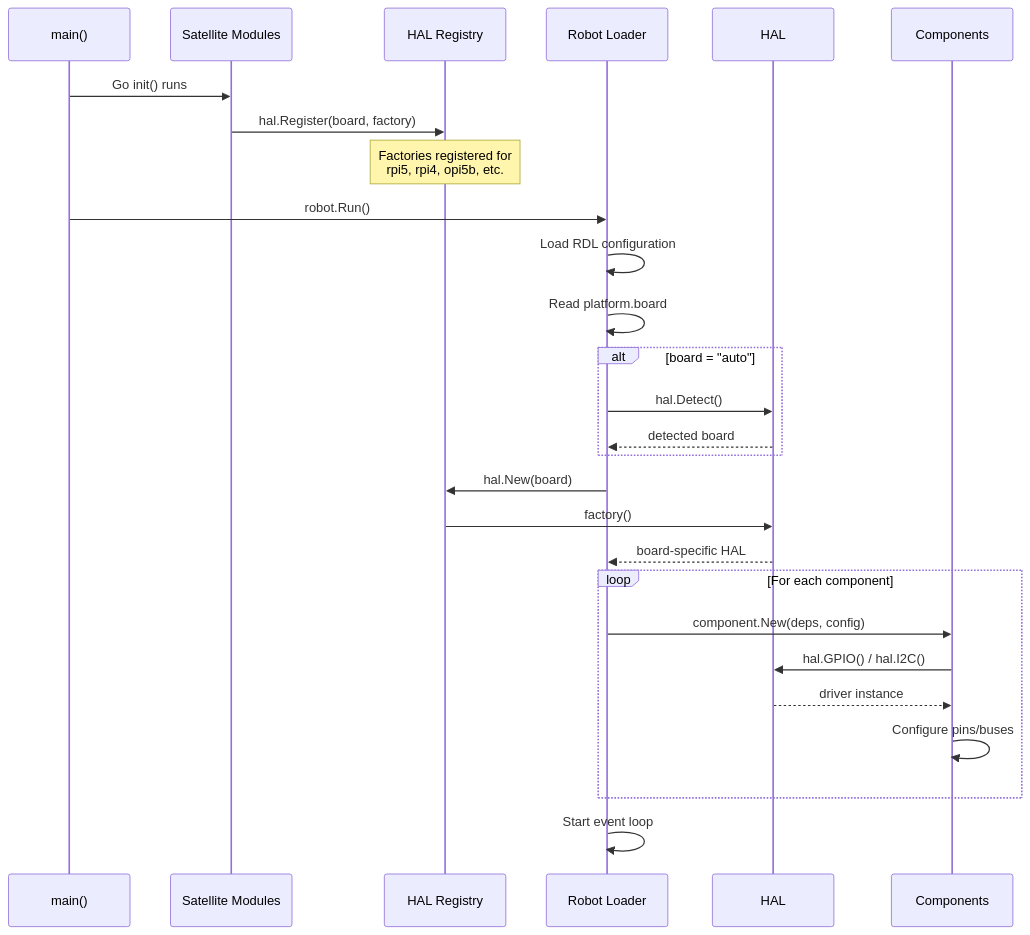
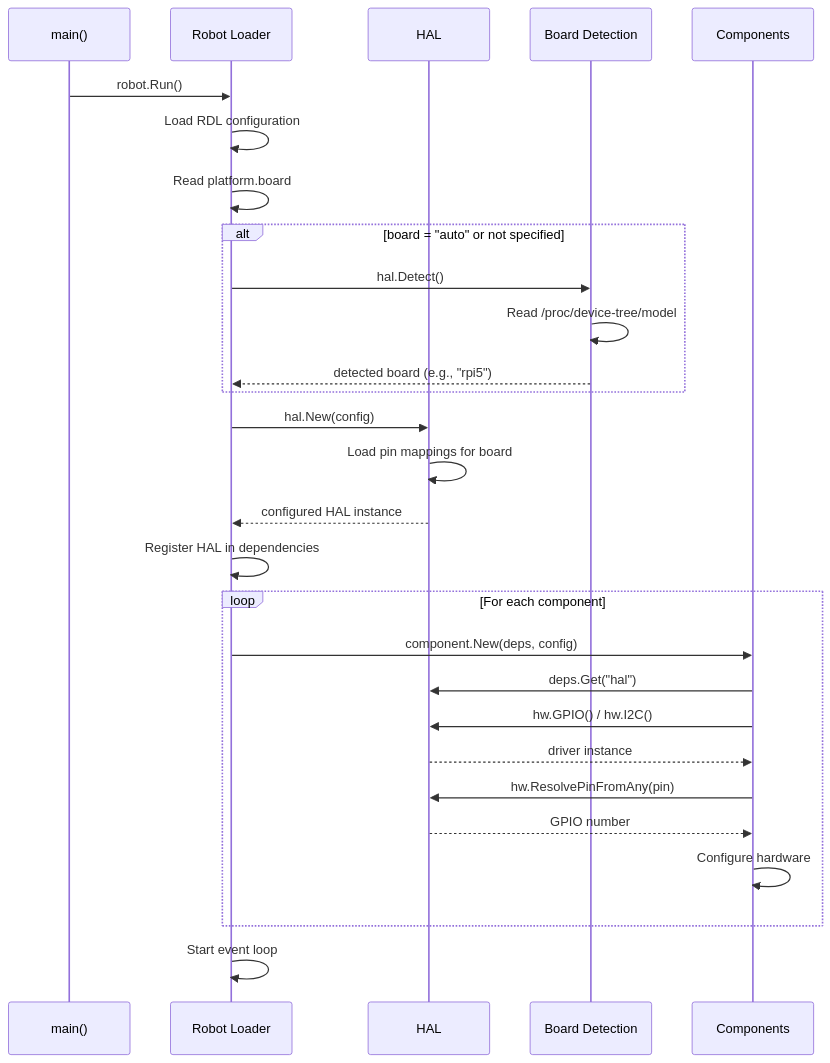
Before and after one commit to emergingrobotics/gorai: the second of 2 diagrams in docs/hardware-abstraction.md, drawn with Mermaid. The commit also changed other lines of this file, not shown here.

````diff
--- a/docs/hardware-abstraction.md
+++ b/docs/hardware-abstraction.md
@@ -895,35 +806,36 @@
 ```mermaid
 sequenceDiagram
     participant Main as main()
-    participant Satellite as Satellite Modules
-    participant Registry as HAL Registry
     participant Robot as Robot Loader
     participant HAL as HAL
+    participant Detect as Board Detection
     participant Component as Components
-
-    Main->>Satellite: Go init() runs
-    Satellite->>Registry: hal.Register(board, factory)
-    Note over Registry: Factories registered for<br/>rpi5, rpi4, opi5b, etc.
 
     Main->>Robot: robot.Run()
     Robot->>Robot: Load RDL configuration
     Robot->>Robot: Read platform.board
 
-    alt board = "auto"
-        Robot->>HAL: hal.Detect()
-        HAL-->>Robot: detected board
+    alt board = "auto" or not specified
+        Robot->>Detect: hal.Detect()
+        Detect->>Detect: Read /proc/device-tree/model
+        Detect-->>Robot: detected board (e.g., "rpi5")
     end
 
-    Robot->>Registry: hal.New(board)
-    Registry->>HAL: factory()
-    HAL-->>Robot: board-specific HAL
+    Robot->>HAL: hal.New(config)
+    HAL->>HAL: Load pin mappings for board
+    HAL-->>Robot: configured HAL instance
+
+    Robot->>Robot: Register HAL in dependencies
 
     loop For each component
         Robot->>Component: component.New(deps, config)
-        Component->>HAL: hal.GPIO() / hal.I2C()
+        Component->>HAL: deps.Get("hal")
+        Component->>HAL: hw.GPIO() / hw.I2C()
         HAL-->>Component: driver instance
-        Component->>Component: Configure pins/buses
+        Component->>HAL: hw.ResolvePinFromAny(pin)
+        HAL-->>Component: GPIO number
+        Component->>Component: Configure hardware
     end
 
     Robot->>Robot: Start event loop
 ```
````
